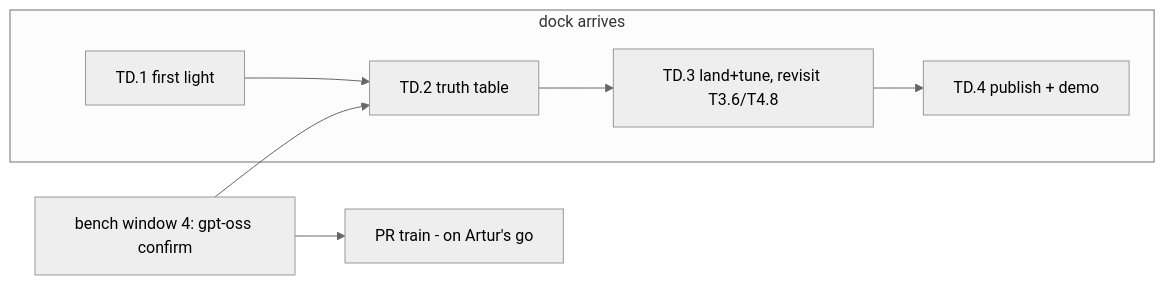
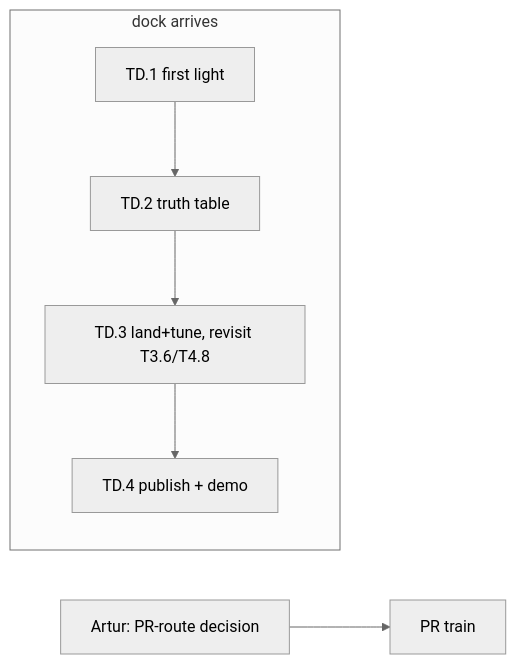
The diagram in TASKS.md (arttarawork/tinygrad), drawn with Mermaid (neutral theme) before and after one commit. The commit also changed other lines of this file and 3 other files, not shown here.

First line of the commit message:
docs: 2026-08-21 review pass - PR #1 merged (base = fork master), de-stale banner/mermaid/TD.4, promote CI+push lessons to conventions, design-doc risks

````diff
--- a/TASKS.md
+++ b/TASKS.md
@@ -316,8 +333,7 @@
 ```mermaid
 flowchart LR
-  BW4[bench window 4: gpt-oss confirm] --> PR[PR train - on Artur's go]
+  ROUTE[Artur: PR-route decision] --> PR[PR train]
   subgraph DOCK["dock arrives"]
     TD1[TD.1 first light] --> TD2[TD.2 truth table] --> TD3[TD.3 land+tune, revisit T3.6/T4.8] --> TD4[TD.4 publish + demo]
   end
-  BW4 --> TD2
 ```
````
